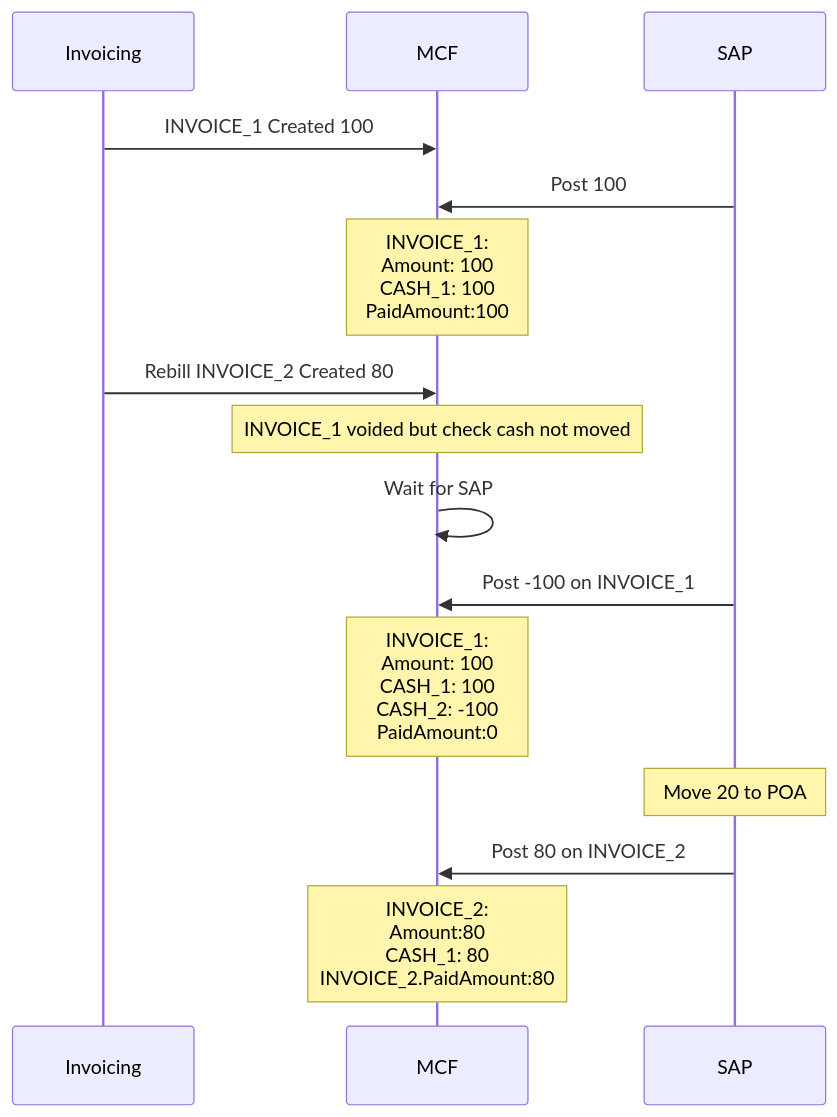
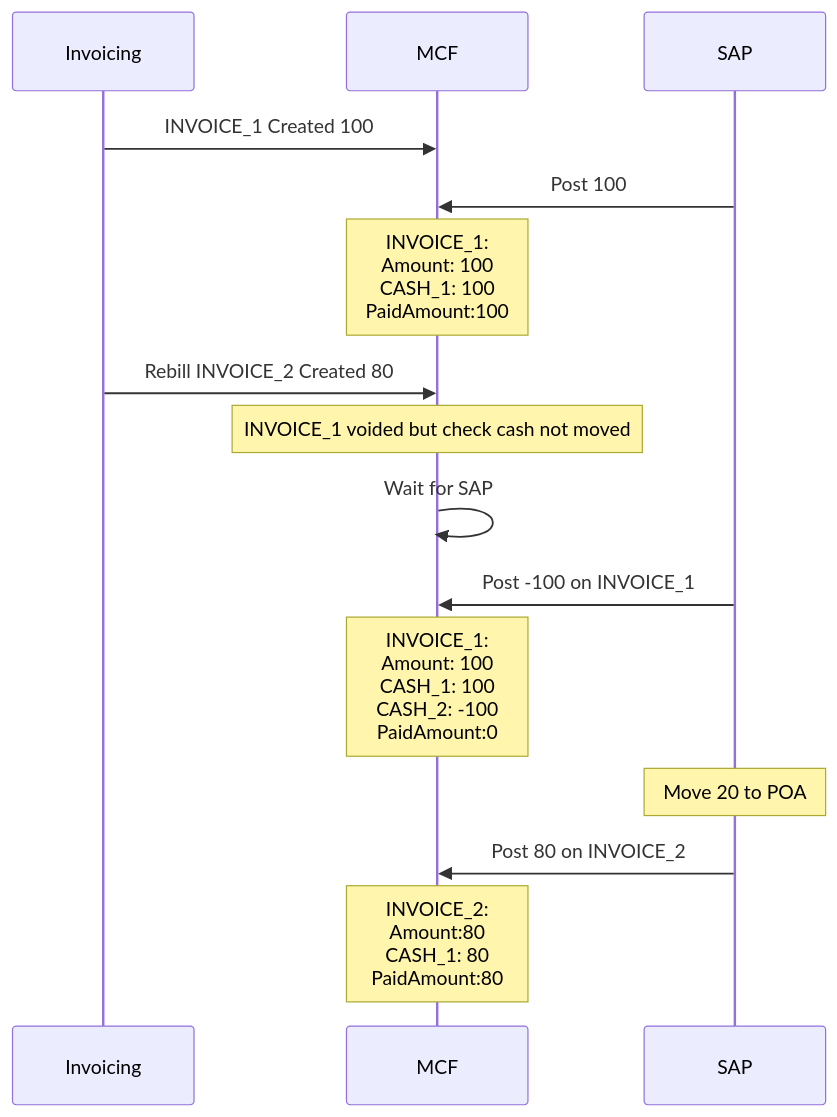
One commit to vikramsinha/test1 changed diagram 14 of 21 in MCF-SAP Scenarios.md. Above: the diagram before and after it, drawn with Mermaid. The commit also changed other lines of this file, not shown here.

Commit message:
Update MCF-SAP Scenarios.md

````diff
--- a/MCF-SAP Scenarios.md
+++ b/MCF-SAP Scenarios.md
@@ -256,18 +277,18 @@
 ```mermaid
 %%{init: {'theme': 'default'} }%%
 sequenceDiagram
     participant Invoicing
     participant MCF
     participant SAP
     Invoicing->>MCF: INVOICE_1 Created 100    
     SAP->>MCF: Post 100
     Note over MCF: INVOICE_1:<br/>Amount: 100<br/>CASH_1: 100<br/>PaidAmount:100
     Invoicing->>MCF: Rebill INVOICE_2 Created 80
     Note over MCF: INVOICE_1 voided but check cash not moved
     MCF->>MCF: Wait for SAP
     SAP->>MCF: Post -100 on INVOICE_1
     Note over MCF: INVOICE_1:<br/>Amount: 100<br/>CASH_1: 100<br/>CASH_2: -100<br/>PaidAmount:0
     Note over SAP: Move 20 to POA
     SAP->>MCF: Post 80 on INVOICE_2
-    Note over MCF: INVOICE_2:<br/>Amount:80<br/>CASH_1: 80<br/>INVOICE_2.PaidAmount:80
+    Note over MCF: INVOICE_2:<br/>Amount:80<br/>CASH_1: 80<br/>PaidAmount:80
 ```
````
